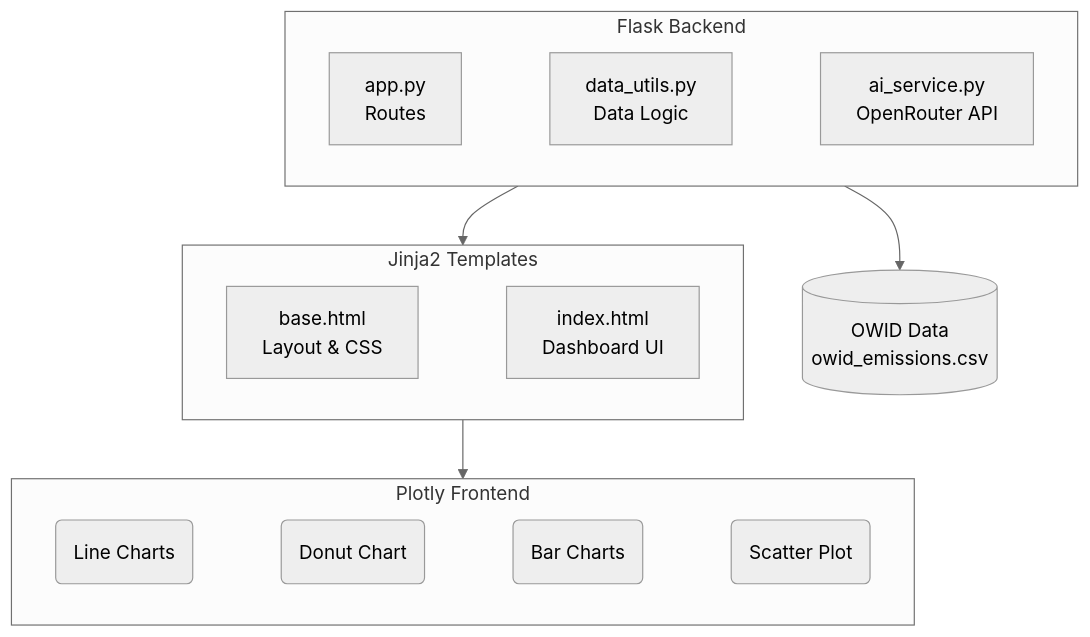
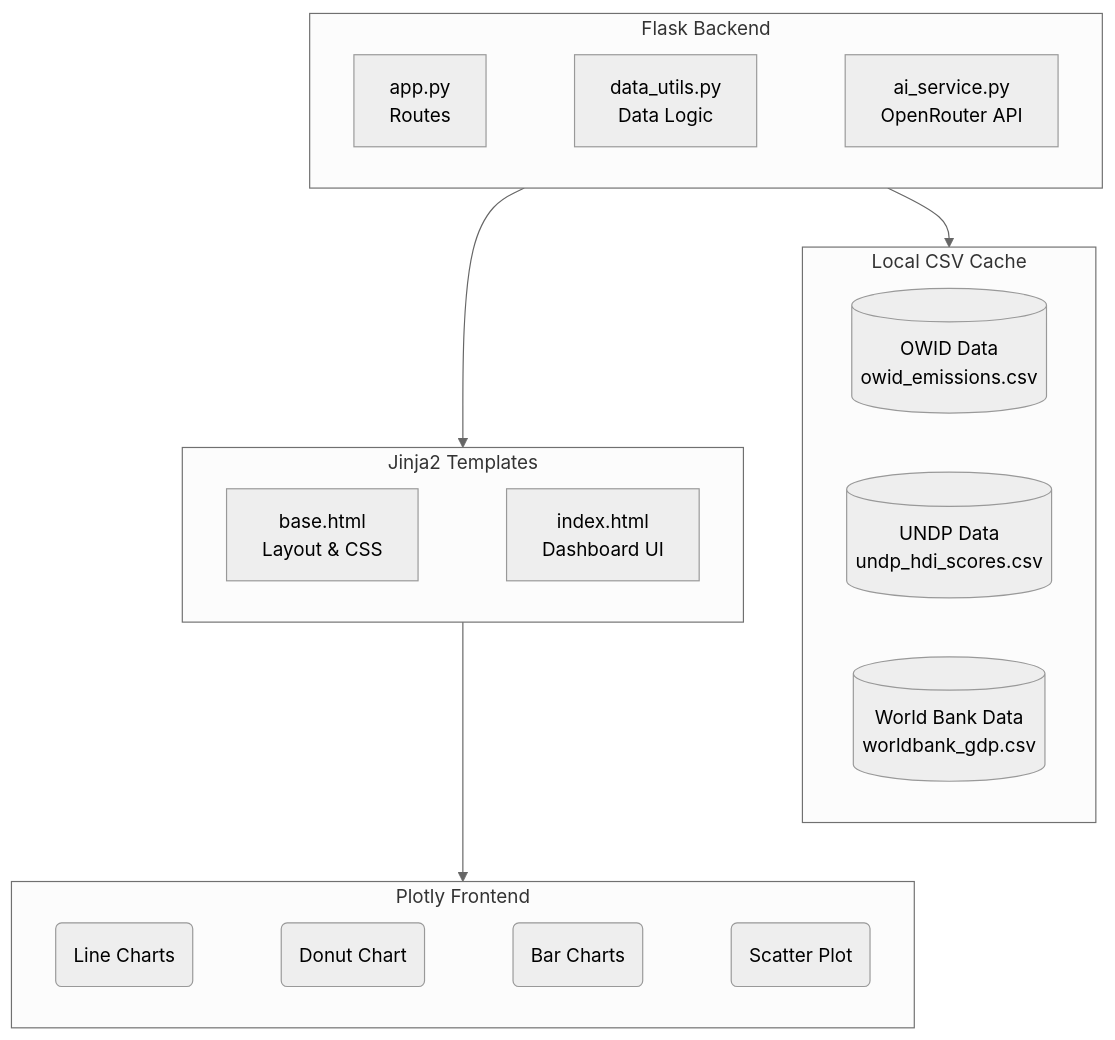
Before and after one commit to Shreyit/emission-analysis-dashboard: the diagram in README.md, drawn with Mermaid (neutral theme). The commit also changed other lines of this file, not shown here.

Commit message:
docs: update architecture diagram with new cache datasets

````diff
--- a/README.md
+++ b/README.md
@@ -107,23 +107,28 @@
 ```mermaid
 flowchart TD
     subgraph Backend [Flask Backend]
         direction LR
         A[app.py<br>Routes] ~~~ B[data_utils.py<br>Data Logic] ~~~ C[ai_service.py<br>OpenRouter API]
     end
 
-    D[(OWID Data<br>owid_emissions.csv)]
+    subgraph LocalCache [Local CSV Cache]
+        direction LR
+        D1[(OWID Data<br>owid_emissions.csv)]
+        D2[(UNDP Data<br>undp_hdi_scores.csv)]
+        D3[(World Bank Data<br>worldbank_gdp.csv)]
+    end
 
     subgraph Templates [Jinja2 Templates]
         direction LR
         E[base.html<br>Layout & CSS] ~~~ F[index.html<br>Dashboard UI]
     end
 
     subgraph Frontend [Plotly Frontend]
         direction LR
         G(Line Charts) ~~~ H(Donut Chart) ~~~ I(Bar Charts) ~~~ J(Scatter Plot)
     end
 
-    Backend --> D
+    Backend --> LocalCache
     Backend --> Templates
     Templates --> Frontend
 ```
````
